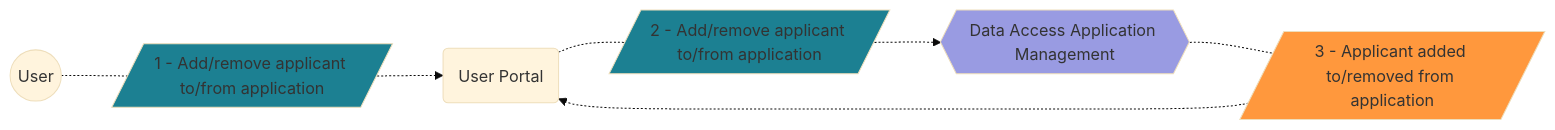
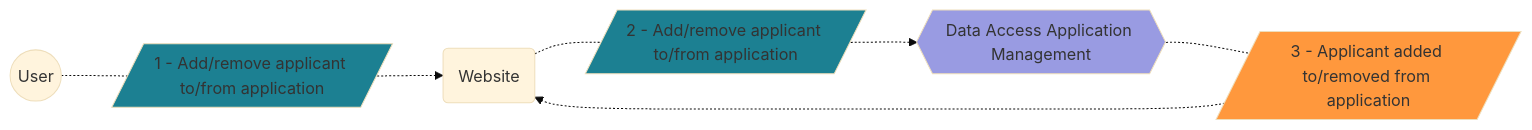
Before and after one commit to GenomicDataInfrastructure/gdi-userportal-docs: the eighth of 15 diagrams in content/docs/data-access-application-management/use-cases/_index.md, drawn with Mermaid (base theme). The commit also changed other lines of this file, not shown here.

````diff
--- a/content/docs/data-access-application-management/use-cases/_index.md
+++ b/content/docs/data-access-application-management/use-cases/_index.md
@@ -301,36 +301,36 @@
 ```mermaid
 flowchart LR
     user(("`
         User
     `"))
     
-    user_portal("`
-        User Portal
+    website("`
+        Website
     `")
     
     daam{{"`
         Data Access Application Management
     `"}}
     style daam fill:#999be2
     
     add_applicant_1[/"`
         1 - Add/remove applicant to/from application
     `"/]
     add_applicant_2[/"`
         2 - Add/remove applicant to/from application
     `"/]
     style add_applicant_1 fill:#1C8092
     style add_applicant_2 fill:#1C8092
 
     applicant_added[/"`
         3 - Applicant added to/removed from application
     `"/]
     style applicant_added fill:#FF983D
 
     user -.- add_applicant_1
-    add_applicant_1 -.-> user_portal
-    user_portal -.- add_applicant_2
+    add_applicant_1 -.-> website
+    website -.- add_applicant_2
     add_applicant_2 -.-> daam
     daam -.- applicant_added
-    applicant_added -.-> user_portal
+    applicant_added -.-> website
 ```
````
